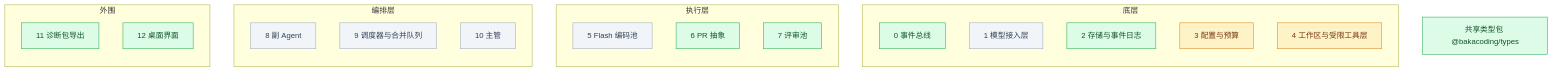
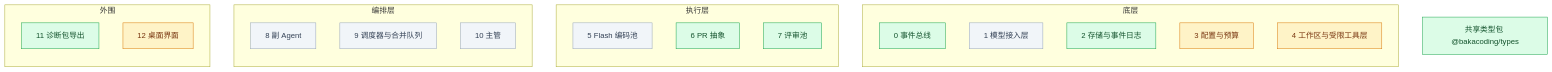
One commit to Akarin7784/BakaCoding changed the diagram in docs/progress.md. Above: the diagram before and after it, drawn with Mermaid. The commit also changed other lines of this file and 8 other files, not shown here.

````diff
--- a/docs/progress.md
+++ b/docs/progress.md
@@ -11,33 +11,33 @@
 ```mermaid
 flowchart BT
   subgraph 底层
     M0[0 事件总线]
     M1[1 模型接入层]
     M2[2 存储与事件日志]
     M3[3 配置与预算]
     M4[4 工作区与受限工具层]
   end
   subgraph 执行层
     M5[5 Flash 编码池]
     M6[6 PR 抽象]
     M7[7 评审池]
   end
   subgraph 编排层
     M8[8 副 Agent]
     M9[9 调度器与合并队列]
     M10[10 主管]
   end
   subgraph 外围
     M11[11 诊断包导出]
     M12[12 桌面界面]
   end
   T[共享类型包 @bakacoding/types]
 
   classDef todo fill:#f1f5f9,stroke:#94a3b8,color:#334155
   classDef doing fill:#fef3c7,stroke:#d97706,color:#78350f
   classDef done fill:#dcfce7,stroke:#16a34a,color:#14532d
 
-  class M0,M2,M6,M7,M11,M12,T done
-  class M3,M4 doing
+  class M0,M2,M6,M7,M11,T done
+  class M3,M4,M12 doing
   class M1,M5,M8,M9,M10 todo
 ```
````
